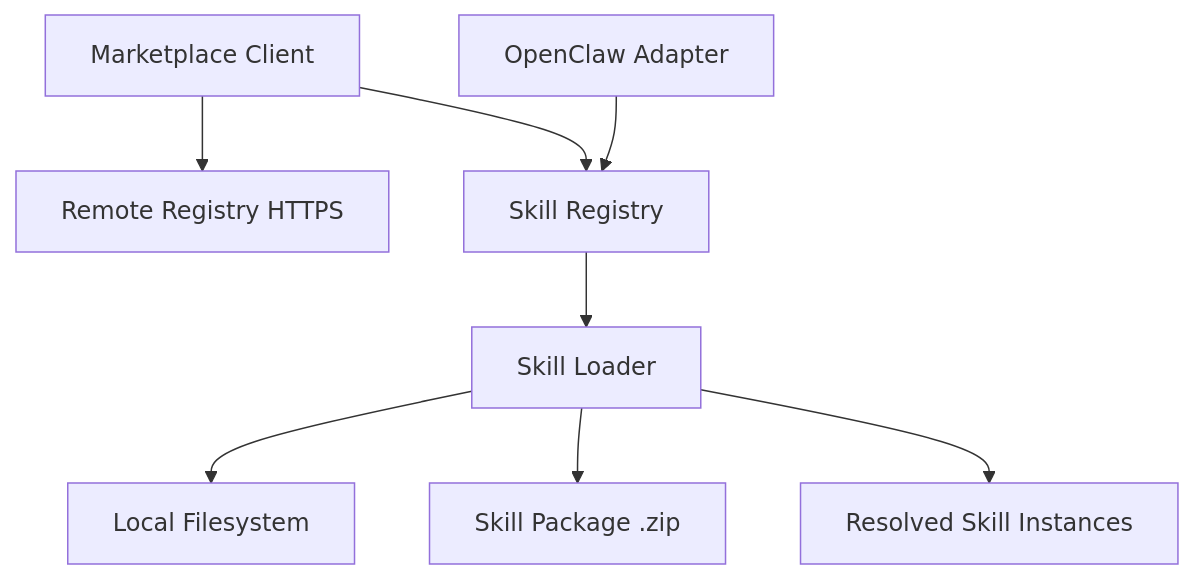
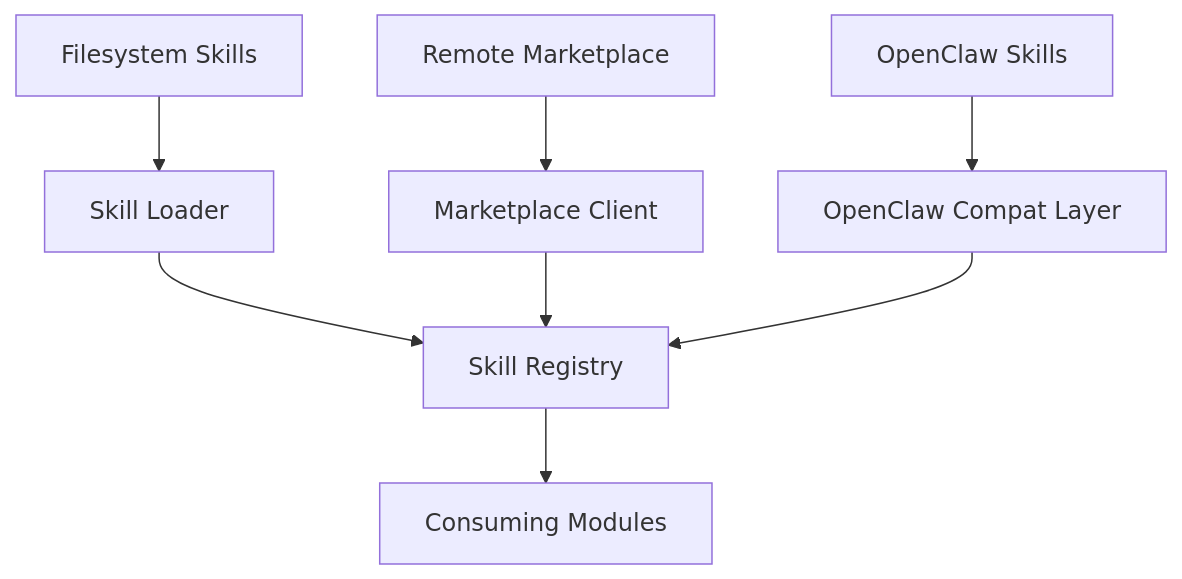
Before and after one commit to leszek3737/librefang-WIki: the diagram in other-librefang-skills.md, drawn with Mermaid. The commit also changed other lines of this file and 119 other files, not shown here.

````diff
--- a/other-librefang-skills.md
+++ b/other-librefang-skills.md
@@ -13,10 +9,10 @@
 ```mermaid
 graph TD
-    A[Skill Registry] --> B[Skill Loader]
-    B --> C[Local Filesystem]
-    B --> D[Skill Package .zip]
-    E[Marketplace Client] --> F[Remote Registry HTTPS]
-    E --> A
-    G[OpenClaw Adapter] --> A
-    B --> H[Resolved Skill Instances]
+    FS[Filesystem Skills] --> Loader[Skill Loader]
+    MP[Remote Marketplace] --> Marketplace[Marketplace Client]
+    OC[OpenClaw Skills] --> Compat[OpenClaw Compat Layer]
+    Loader --> Registry[Skill Registry]
+    Marketplace --> Registry
+    Compat --> Registry
+    Registry --> Consumers[Consuming Modules]
 ```
````
